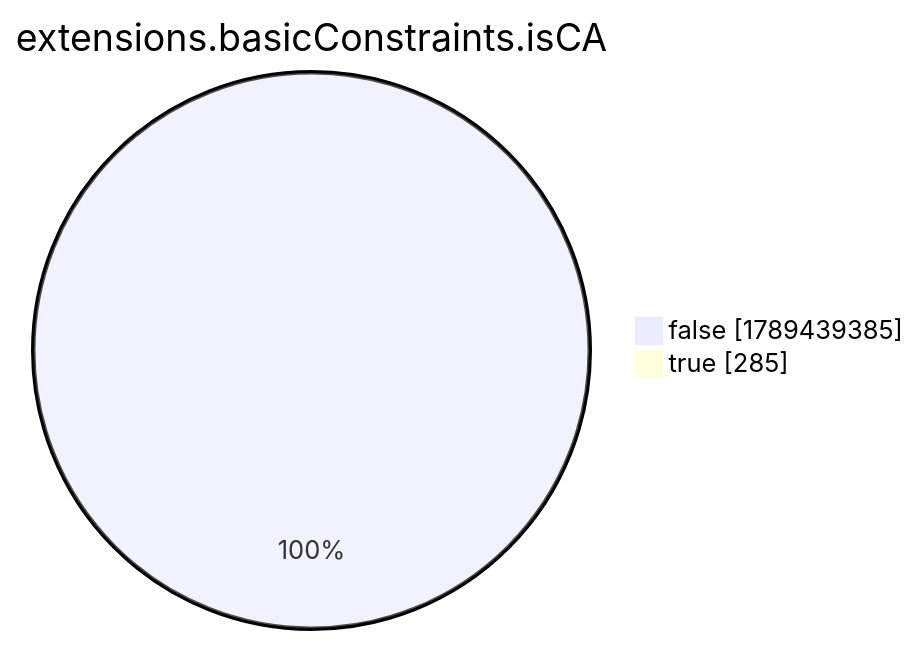
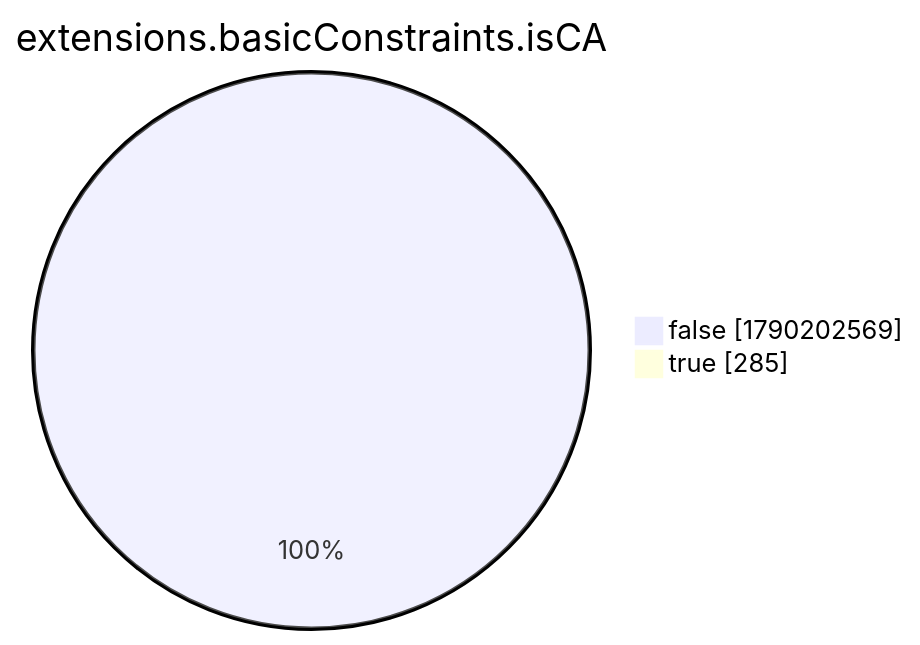
Before and after one commit to christiankrug/ctmonitor_visualization: the eighth of 15 diagrams in xenon2022/README.md, drawn with Mermaid. The commit also changed other lines of this file, not shown here.

````diff
--- a/xenon2022/README.md
+++ b/xenon2022/README.md
@@ -2868,6 +2868,6 @@
 ```mermaid
 pie showData
 title extensions.basicConstraints.isCA
-"false" :1789439385
+"false" :1790202569
 "true" :285
 ```
````
